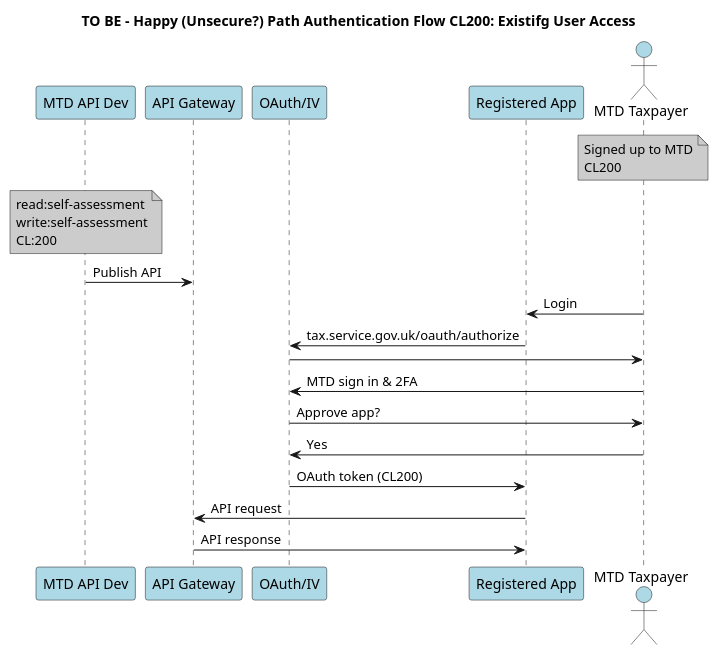
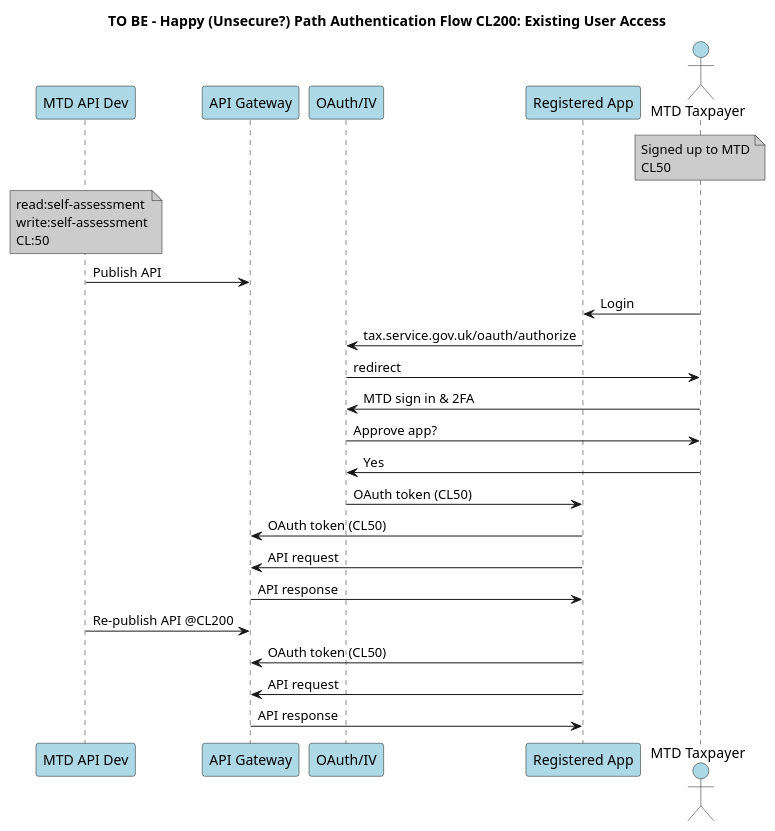
Before and after one commit to hmrc/api-architecture: the diagram in Confidence Level/CL-200-Happy Unsecure Path.puml, drawn with PlantUML. The commit also changed other lines of this file and 829 other files, not shown here.

```diff
--- a/Confidence Level/CL-200-Happy Unsecure Path.puml
+++ b/Confidence Level/CL-200-Happy Unsecure Path.puml
@@ -1,33 +1,37 @@
 @startuml
 
 title
-TO BE - Happy (Unsecure?) Path Authentication Flow CL200: Existifg User Access
+TO BE - Happy (Unsecure?) Path Authentication Flow CL200: Existing User Access
 end title
 
 participant MTD as "MTD API Dev" #lightblue
 participant APIG as "API Gateway" #lightblue
 'participant IV as "Identity Verfication"
 participant OA as "OAuth/IV" #lightblue
 participant 3PV as "Registered App" #lightblue
 actor       TP  as "MTD Taxpayer" #lightblue
 note over TP #CCCCCC
 Signed up to MTD
-CL200
+CL50
 end note
 note over MTD #CCCCCC
 read:self-assessment
 write:self-assessment
-CL:200
+CL:50
 end note
 MTD -> APIG : Publish API
 TP -> 3PV: Login
 3PV -> OA: tax.service.gov.uk/oauth/authorize
-OA -> TP:
+OA -> TP: redirect
 TP -> OA: MTD sign in & 2FA
 OA -> TP: Approve app?
 TP -> OA: Yes
-OA -> 3PV: OAuth token (CL200)
+OA -> 3PV: OAuth token (CL50)
+3PV -> APIG: OAuth token (CL50)
 3PV -> APIG: API request
 APIG -> 3PV: API response
-
+MTD -> APIG : Re-publish API @CL200
+3PV -> APIG: OAuth token (CL50)
+3PV -> APIG: API request
+APIG -> 3PV: API response
 @enduml
```
